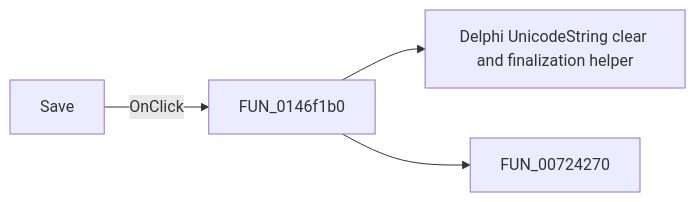
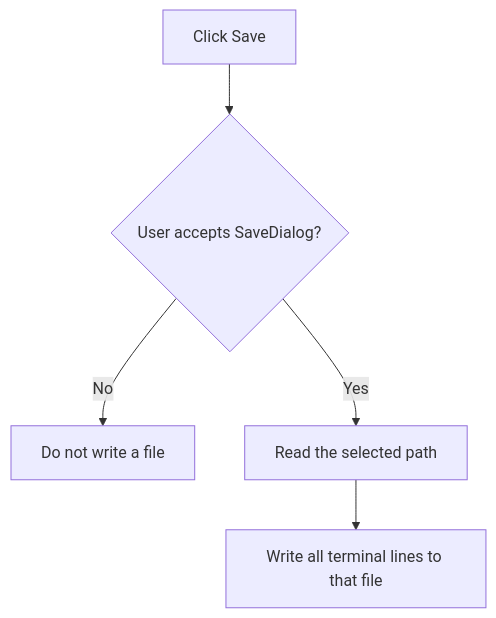
Before and after one commit to MovGP0/TIARA: the diagram in docs/ui-controls/pymainform/mnsaveterminal-cd91409f64.md, drawn with Mermaid. The commit also changed other lines of this file and 1062 other files, not shown here.

````diff
--- a/docs/ui-controls/pymainform/mnsaveterminal-cd91409f64.md
+++ b/docs/ui-controls/pymainform/mnsaveterminal-cd91409f64.md
@@ -27,6 +29,7 @@
 ```mermaid
-flowchart LR
-    control["Save"] -->|OnClick| handler["FUN_0146f1b0"]
-    handler --> call1["Delphi UnicodeString clear and finalization helper"]
-    handler --> call2["FUN_00724270"]
+flowchart TD
+    control["Click Save"] --> accepted{"User accepts SaveDialog?"}
+    accepted -->|No| noAction["Do not write a file"]
+    accepted -->|Yes| path["Read the selected path"]
+    path --> write["Write all terminal lines to that file"]
 ```
````
